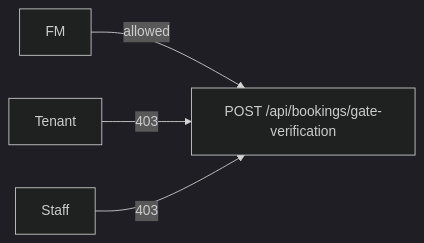
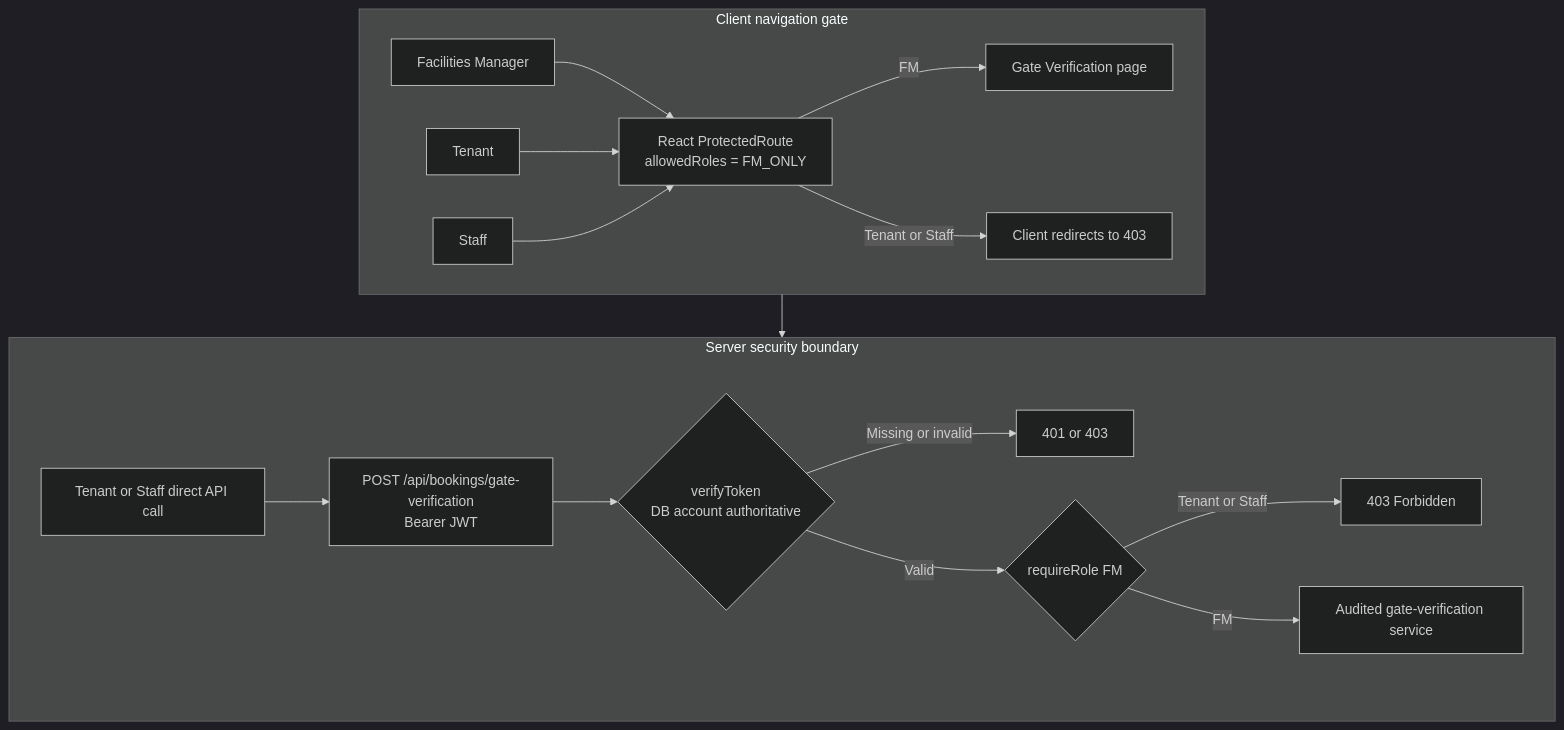
One commit to feliciatanxl/FlowGuard changed the second of 2 diagrams in design/md/logistics-flow.md. Above: the diagram before and after it, drawn with Mermaid (dark theme). The commit also changed other lines of this file and 26 other files, not shown here.

Commit message:
fix: finalize Incident Analytics lifecycle, redact JWT logs, refresh submission docs and diagrams, and remove unused Gemini manifests

````diff
--- a/design/md/logistics-flow.md
+++ b/design/md/logistics-flow.md
@@ -38,6 +65,21 @@
 ```mermaid
-flowchart LR
-  FM[FM] -->|allowed| GS[POST /api/bookings/gate-verification]
-  TEN[Tenant] -->|403| GS
-  STF[Staff] -->|403| GS
+flowchart TB
+  subgraph ClientGate[Client navigation gate]
+    direction LR
+    FM[Facilities Manager] --> PR[React ProtectedRoute<br/>allowedRoles = FM_ONLY]
+    TEN[Tenant] --> PR
+    STF[Staff] --> PR
+    PR -->|FM| PAGE[Gate Verification page]
+    PR -->|Tenant or Staff| UI403[Client redirects to 403]
+  end
+  subgraph ServerGate[Server security boundary]
+    direction LR
+    PAGE --> REQ[POST /api/bookings/gate-verification<br/>Bearer JWT]
+    DIRECT[Tenant or Staff direct API call] --> REQ
+    REQ --> JWT{verifyToken<br/>DB account authoritative}
+    JWT -->|Missing or invalid| AUTH[401 or 403]
+    JWT -->|Valid| ROLE{requireRole FM}
+    ROLE -->|Tenant or Staff| API403[403 Forbidden]
+    ROLE -->|FM| SERVICE[Audited gate-verification service]
+  end
 ```
````
